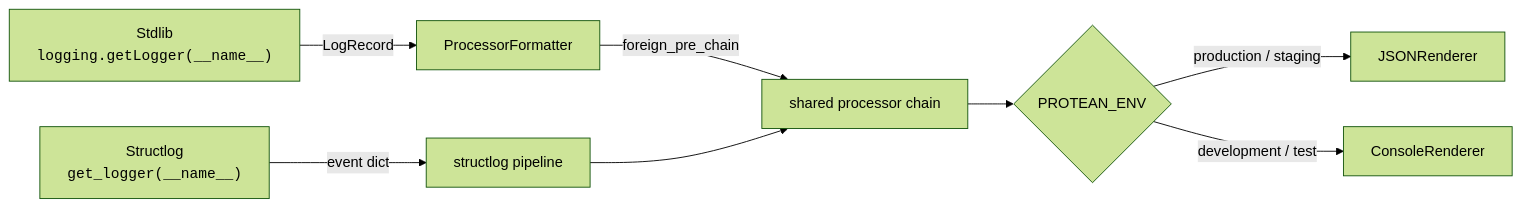
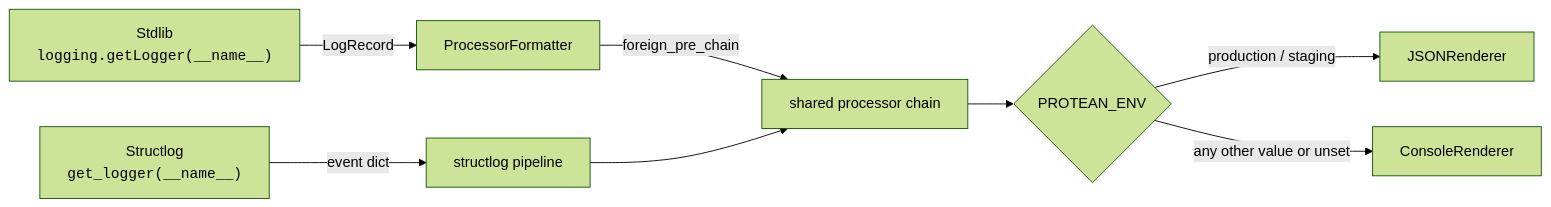
The diagram in docs/concepts/observability/logging.md (proteanhq/protean), drawn with Mermaid (forest theme) before and after one commit. The commit also changed other lines of this file and 17 other files, not shown here.

````diff
--- a/docs/concepts/observability/logging.md
+++ b/docs/concepts/observability/logging.md
@@ -101,10 +101,10 @@
 ```mermaid
 flowchart LR
     A["Stdlib<br/><code>logging.getLogger(__name__)</code>"] -->|LogRecord| B[ProcessorFormatter]
     C["Structlog<br/><code>get_logger(__name__)</code>"] -->|event dict| D[structlog pipeline]
     B -->|foreign_pre_chain| E[shared processor chain]
     D --> E
     E --> F{PROTEAN_ENV}
     F -->|production / staging| G[JSONRenderer]
-    F -->|development / test| H[ConsoleRenderer]
+    F -->|any other value or unset| H[ConsoleRenderer]
 ```
````
